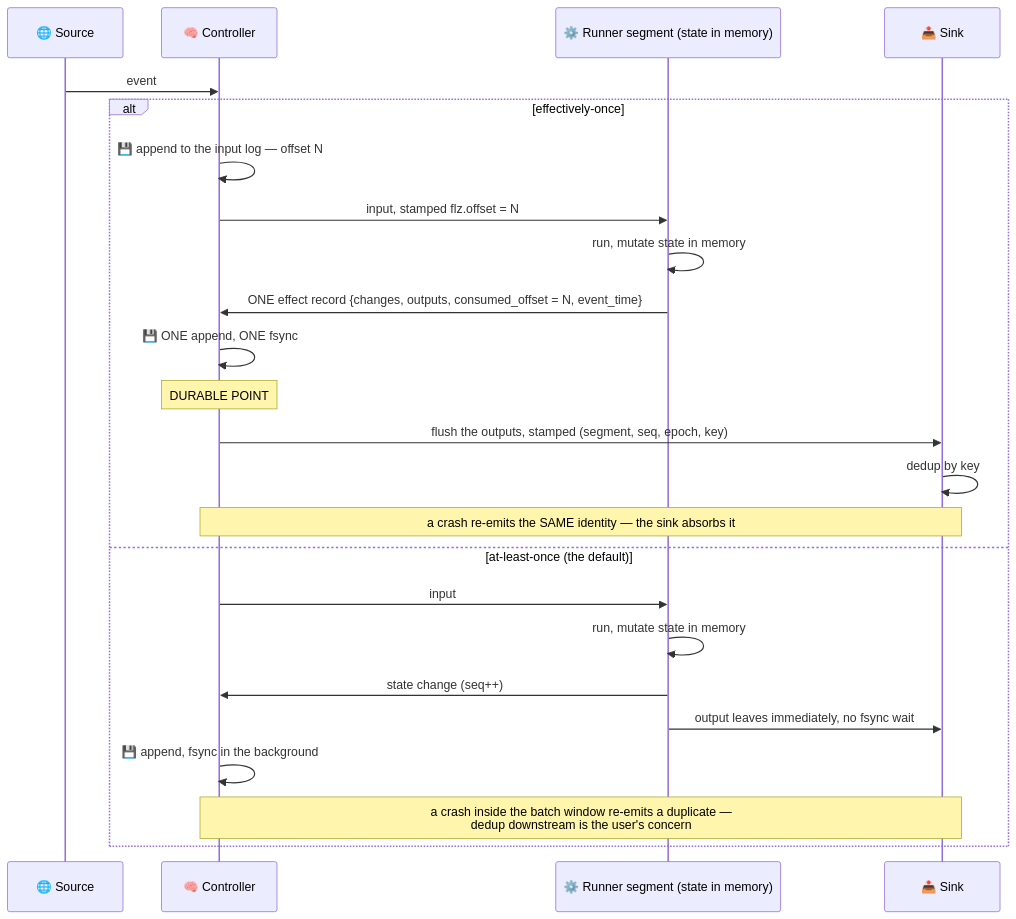
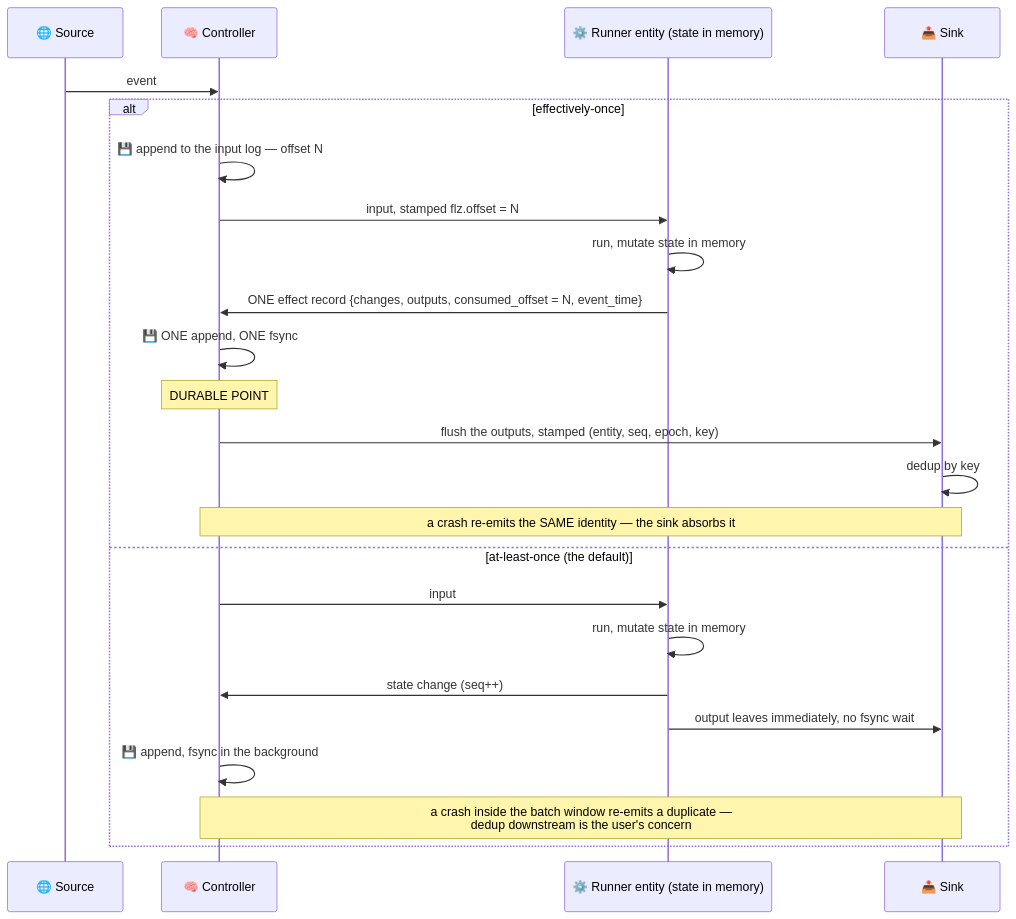
Before and after one commit to Flezha/flezha: the first of 5 diagrams in docs/architecture/unbounded_profile.md, drawn with Mermaid. The commit also changed other lines of this file and 658 other files, not shown here.

````diff
--- a/docs/architecture/unbounded_profile.md
+++ b/docs/architecture/unbounded_profile.md
@@ -23,27 +23,27 @@
 ```mermaid
 sequenceDiagram
     participant SRC as 🌐 Source
     participant CTRL as 🧠 Controller
-    participant EX as ⚙️ Runner segment (state in memory)
+    participant EX as ⚙️ Runner entity (state in memory)
     participant SINK as 📤 Sink
 
     SRC->>CTRL: event
     alt effectively-once
         CTRL->>CTRL: 💾 append to the input log — offset N
         CTRL->>EX: input, stamped flz.offset = N
         EX->>EX: run, mutate state in memory
         EX->>CTRL: ONE effect record {changes, outputs, consumed_offset = N, event_time}
         CTRL->>CTRL: 💾 ONE append, ONE fsync
         Note over CTRL: DURABLE POINT
-        CTRL->>SINK: flush the outputs, stamped (segment, seq, epoch, key)
+        CTRL->>SINK: flush the outputs, stamped (entity, seq, epoch, key)
         SINK->>SINK: dedup by key
         Note over CTRL,SINK: a crash re-emits the SAME identity — the sink absorbs it
     else at-least-once (the default)
         CTRL->>EX: input
         EX->>EX: run, mutate state in memory
         EX->>CTRL: state change (seq++)
         EX->>SINK: output leaves immediately, no fsync wait
         CTRL->>CTRL: 💾 append, fsync in the background
         Note over CTRL,SINK: a crash inside the batch window re-emits a duplicate —<br/>dedup downstream is the user's concern
     end
 ```
````
